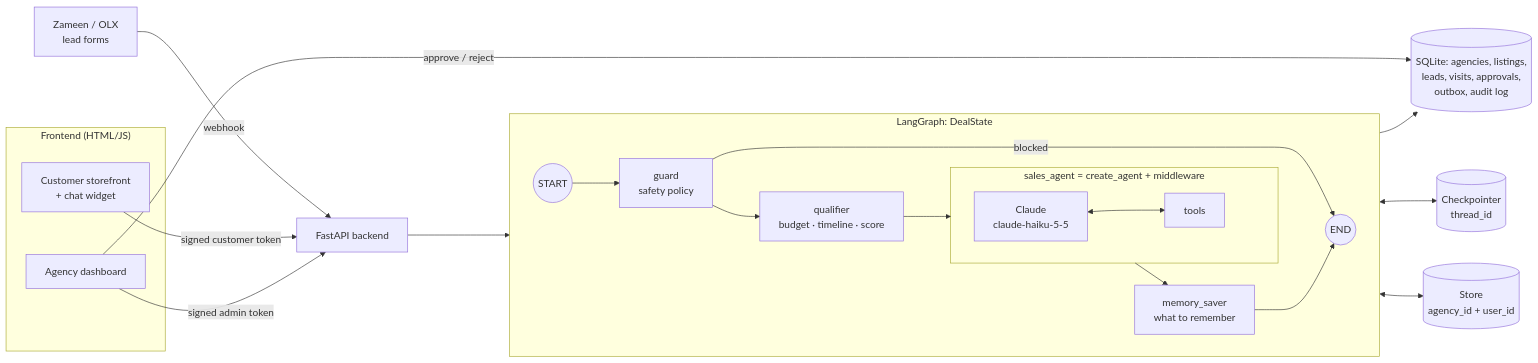
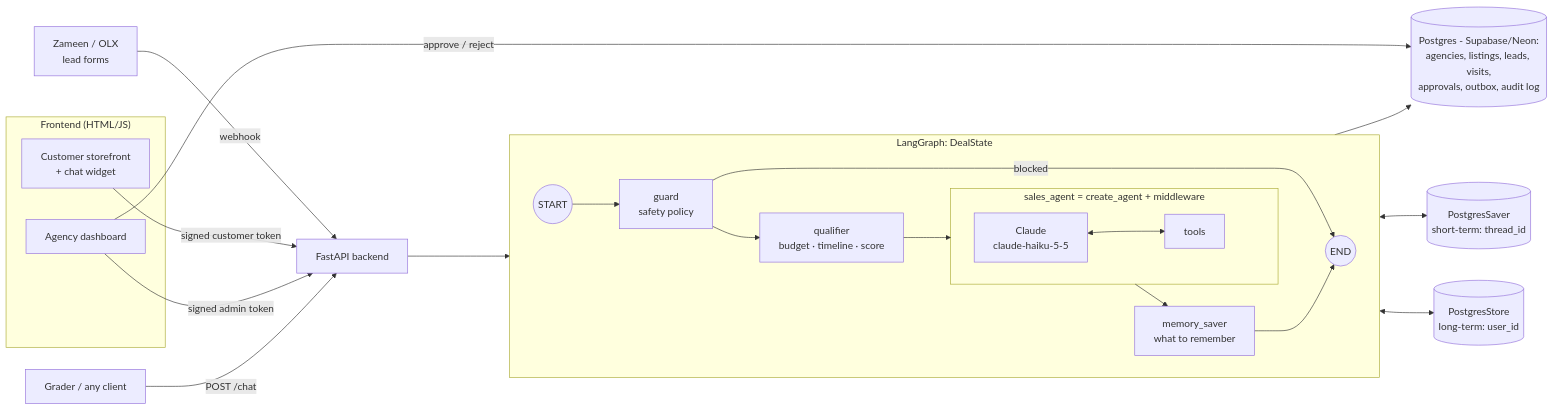
One commit to Taha-Rizwan/Agentic_Activity_RuClosed changed the diagram in README.md. Above: the diagram before and after it, drawn with Mermaid. The commit also changed other lines of this file and 1 other file, not shown here.

````diff
--- a/README.md
+++ b/README.md
@@ -59,29 +60,30 @@
 ```mermaid
 flowchart LR
     subgraph Web["Frontend (HTML/JS)"]
         C[Customer storefront<br/>+ chat widget]
         A[Agency dashboard]
     end
     Z[Zameen / OLX<br/>lead forms] -->|webhook| API
     C -->|signed customer token| API
     A -->|signed admin token| API
+    GR[Grader / any client] -->|POST /chat| API
     API[FastAPI backend] --> G
 
     subgraph G["LangGraph: DealState"]
         direction LR
         S((START)) --> GU[guard<br/>safety policy]
         GU -->|blocked| E((END))
         GU --> Q[qualifier<br/>budget · timeline · score]
         Q --> SA
         subgraph SA["sales_agent = create_agent + middleware"]
             M[Claude<br/>claude-haiku-5-5] <--> T[tools]
         end
         SA --> MS[memory_saver<br/>what to remember]
         MS --> E
     end
 
-    T --> DB[(SQLite: agencies, listings,<br/>leads, visits, approvals,<br/>outbox, audit log)]
-    G <--> CP[(Checkpointer<br/>thread_id)]
-    G <--> ST[(Store<br/>agency_id + user_id)]
+    T --> DB[(Postgres - Supabase/Neon:<br/>agencies, listings, leads, visits,<br/>approvals, outbox, audit log)]
+    G <--> CP[(PostgresSaver<br/>short-term: thread_id)]
+    G <--> ST[(PostgresStore<br/>long-term: user_id)]
     A -->|approve / reject| DB
 ```
````
